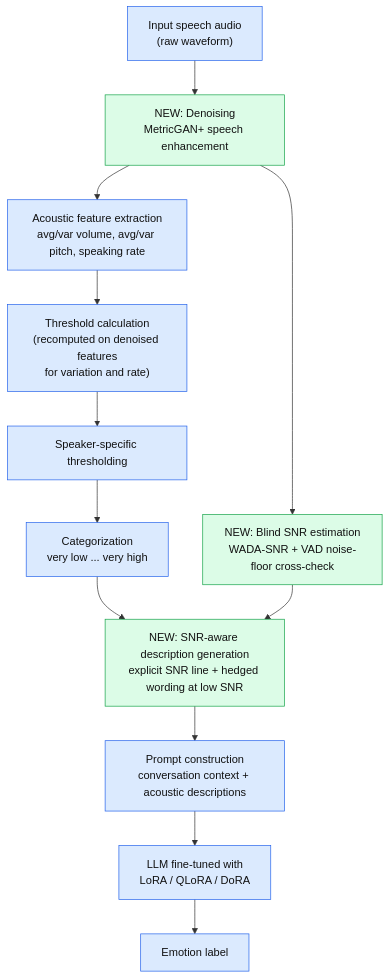
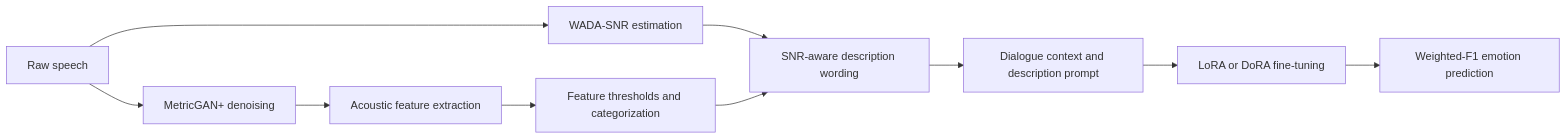
Before and after one commit to UtkarshUmap/SpeechcueLLM_Reproduce: the diagram in README.md, drawn with Mermaid. The commit also changed other lines of this file and 53 other files, not shown here.

````diff
--- a/README.md
+++ b/README.md
@@ -36,19 +108,12 @@
 ```mermaid
-flowchart TD
-    A["Input speech audio<br/>(raw waveform)"] --> B["NEW: Denoising<br/>MetricGAN+ speech enhancement"]
-    B --> C["Acoustic feature extraction<br/>avg/var volume, avg/var pitch, speaking rate"]
-    B --> D["NEW: Blind SNR estimation<br/>WADA-SNR + VAD noise-floor cross-check"]
-    C --> E["Threshold calculation<br/>(recomputed on denoised features<br/>for variation and rate)"]
-    E --> F["Speaker-specific thresholding"]
-    F --> G["Categorization<br/>very low ... very high"]
-    G --> H["NEW: SNR-aware description generation<br/>explicit SNR line + hedged wording at low SNR"]
-    D --> H
-    H --> I["Prompt construction<br/>conversation context + acoustic descriptions"]
-    I --> J["LLM fine-tuned with<br/>LoRA / QLoRA / DoRA"]
-    J --> K["Emotion label"]
-
-    classDef orig fill:#dbeafe,stroke:#2563eb,color:#111;
-    classDef new fill:#dcfce7,stroke:#16a34a,color:#111;
-    class A,C,E,F,G,I,J,K orig;
-    class B,D,H new;
+flowchart LR
+    A[Raw speech] --> B[MetricGAN+ denoising]
+    B --> C[Acoustic feature extraction]
+    A --> D[WADA-SNR estimation]
+    C --> E[Feature thresholds and categorization]
+    D --> F[SNR-aware description wording]
+    E --> F
+    F --> G[Dialogue context and description prompt]
+    G --> H[LoRA or DoRA fine-tuning]
+    H --> I[Weighted-F1 emotion prediction]
 ```
````
